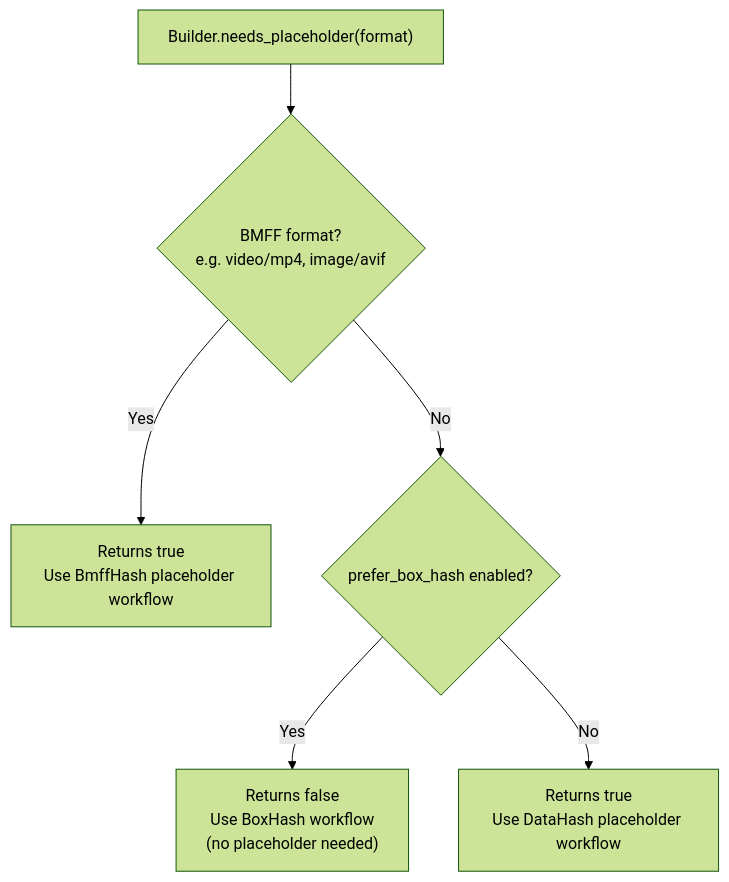
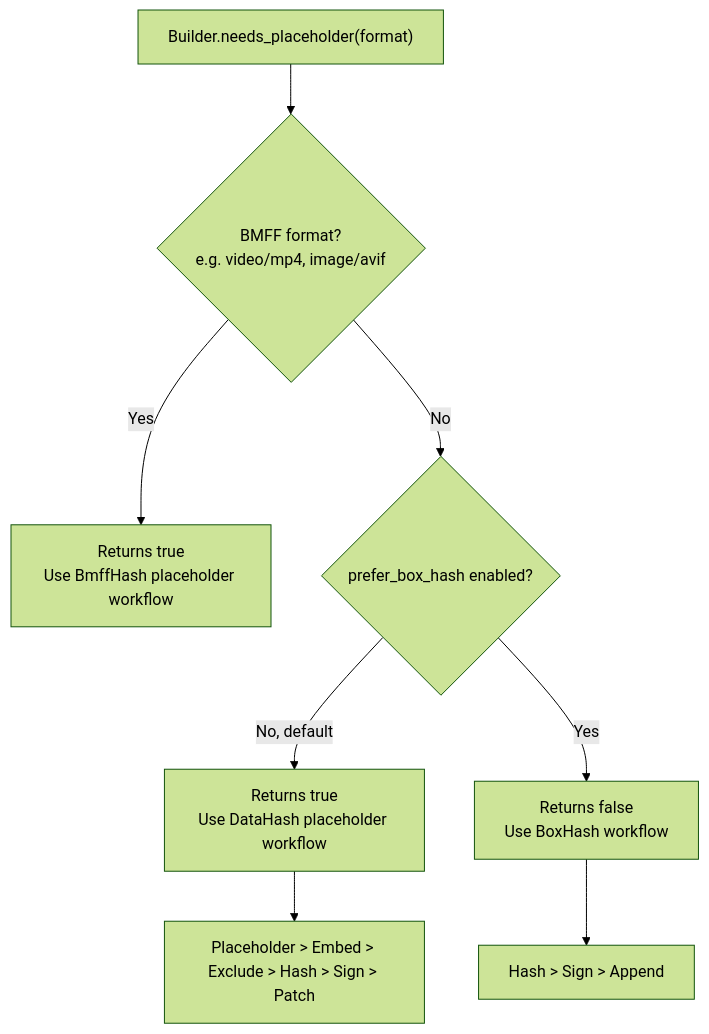
Before and after one commit to contentauth/c2pa-c: the first of 8 diagrams in docs/embeddable-api.md, drawn with Mermaid (forest theme). The commit also changed other lines of this file, not shown here.

````diff
--- a/docs/embeddable-api.md
+++ b/docs/embeddable-api.md
@@ -64,8 +51,10 @@
 ```mermaid
 flowchart TD
     Start["Builder.needs_placeholder(format)"] --> IsBmff{BMFF format?<br/>e.g. video/mp4, image/avif}
     IsBmff -->|Yes| BmffWorkflow["Returns true<br/>Use BmffHash placeholder workflow"]
     IsBmff -->|No| BoxCheck{"prefer_box_hash enabled?"}
-    BoxCheck -->|Yes| BoxHashWorkflow["Returns false<br/>Use BoxHash workflow<br/>(no placeholder needed)"]
-    BoxCheck -->|No| DataHashWorkflow["Returns true<br/>Use DataHash placeholder workflow"]
+    BoxCheck -->|No, default| DataHashWorkflow["Returns true<br/>Use DataHash placeholder workflow"]
+    DataHashWorkflow --> DHSteps["Placeholder > Embed > Exclude > Hash > Sign > Patch"]
+    BoxCheck -->|Yes| BoxHashWorkflow["Returns false<br/>Use BoxHash workflow"]
+    BoxHashWorkflow --> BHSteps["Hash > Sign > Append"]
 ```
````
